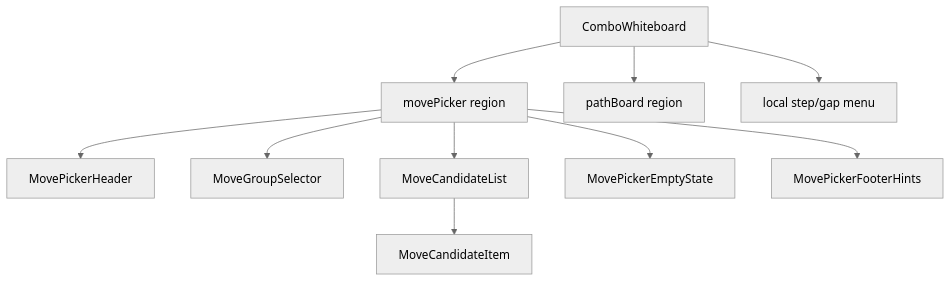
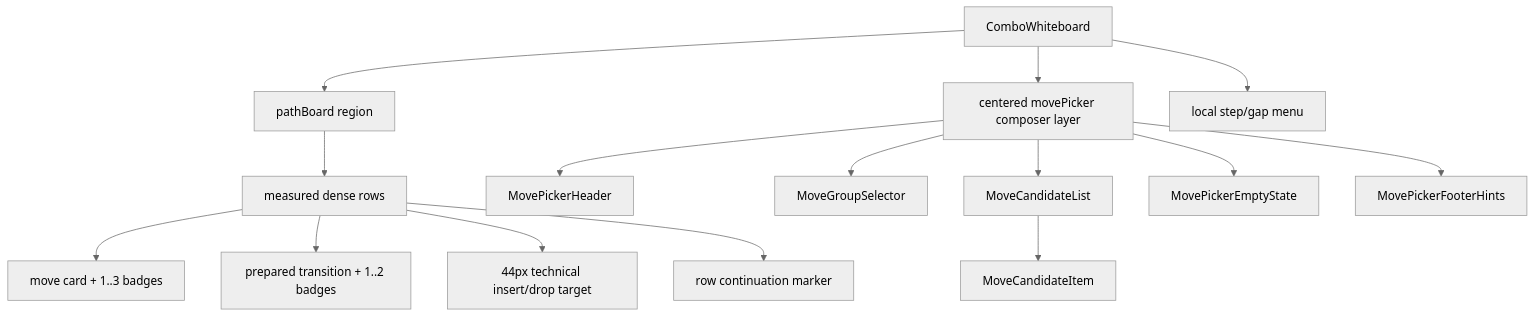
Before and after one commit to reutenkoivan/mk-combos: the third of 4 diagrams in ui/UI-CMP-035.md, drawn with Mermaid (neutral theme). The commit also changed other lines of this file and 58 other files, not shown here.

````diff
--- a/ui/UI-CMP-035.md
+++ b/ui/UI-CMP-035.md
@@ -253,16 +213,22 @@
 ```mermaid
 flowchart TB
   Whiteboard["ComboWhiteboard"]
 
-  Whiteboard --> Picker["movePicker region"]
   Whiteboard --> Path["pathBoard region"]
+  Whiteboard --> Picker["centered movePicker composer layer"]
   Whiteboard --> Menu["local step/gap menu"]
+
+  Path --> Rows["measured dense rows"]
+  Rows --> Step["move card + 1..3 badges"]
+  Rows --> Transition["prepared transition + 1..2 badges"]
+  Rows --> Gap["44px technical insert/drop target"]
+  Rows --> Continuation["row continuation marker"]
 
   Picker --> Header["MovePickerHeader"]
   Picker --> Groups["MoveGroupSelector"]
   Picker --> List["MoveCandidateList"]
   Picker --> Empty["MovePickerEmptyState"]
   Picker --> Hints["MovePickerFooterHints"]
 
   List --> Item["MoveCandidateItem"]
 ```
````
